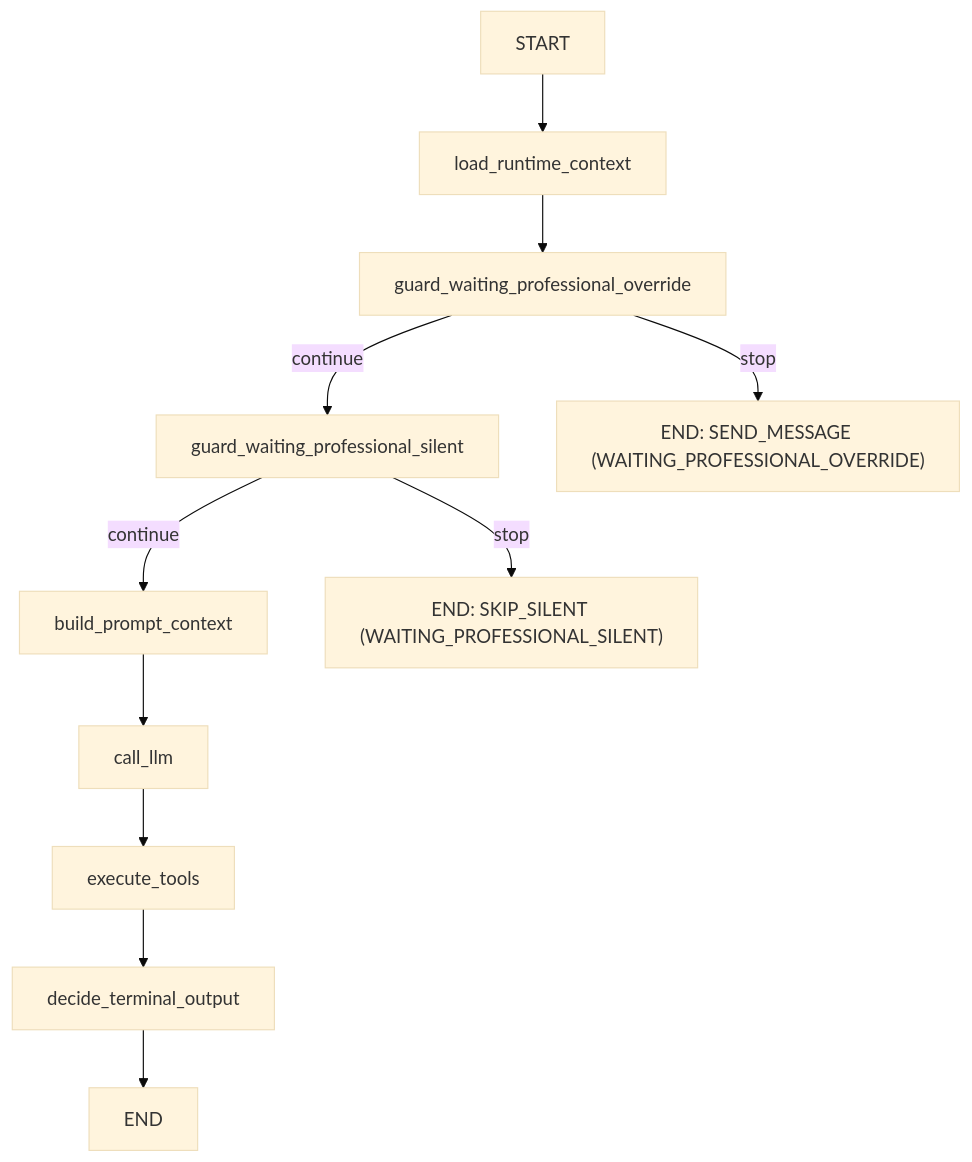
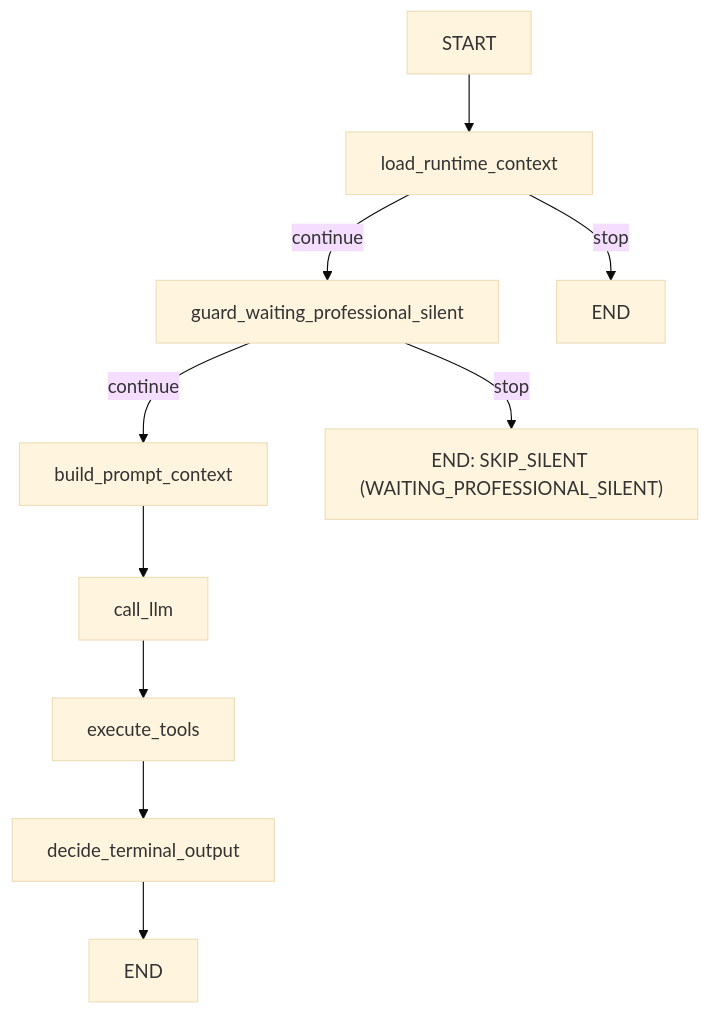
Before and after one commit to jval7/ai-agent: the first of 2 diagrams in docs/BACKEND_CONTEXT.md, drawn with Mermaid (base theme). The commit also changed other lines of this file and 7 other files, not shown here.

````diff
--- a/docs/BACKEND_CONTEXT.md
+++ b/docs/BACKEND_CONTEXT.md
@@ -85,16 +163,15 @@
 ```mermaid
 flowchart TD
     A["START"] --> B["load_runtime_context"]
-    B --> C["guard_waiting_professional_override"]
 
-    C -->|continue| D["guard_waiting_professional_silent"]
-    C -->|stop| Z1["END: SEND_MESSAGE (WAITING_PROFESSIONAL_OVERRIDE)"]
+    B -->|continue| C["guard_waiting_professional_silent"]
+    B -->|stop| Z0["END"]
 
-    D -->|continue| E["build_prompt_context"]
-    D -->|stop| Z2["END: SKIP_SILENT (WAITING_PROFESSIONAL_SILENT)"]
+    C -->|continue| D["build_prompt_context"]
+    C -->|stop| Z1["END: SKIP_SILENT (WAITING_PROFESSIONAL_SILENT)"]
 
-    E --> F["call_llm"]
-    F --> G["execute_tools"]
-    G --> H["decide_terminal_output"]
-    H --> I["END"]
+    D --> E["call_llm"]
+    E --> F["execute_tools"]
+    F --> G["decide_terminal_output"]
+    G --> H["END"]
 ```
````
